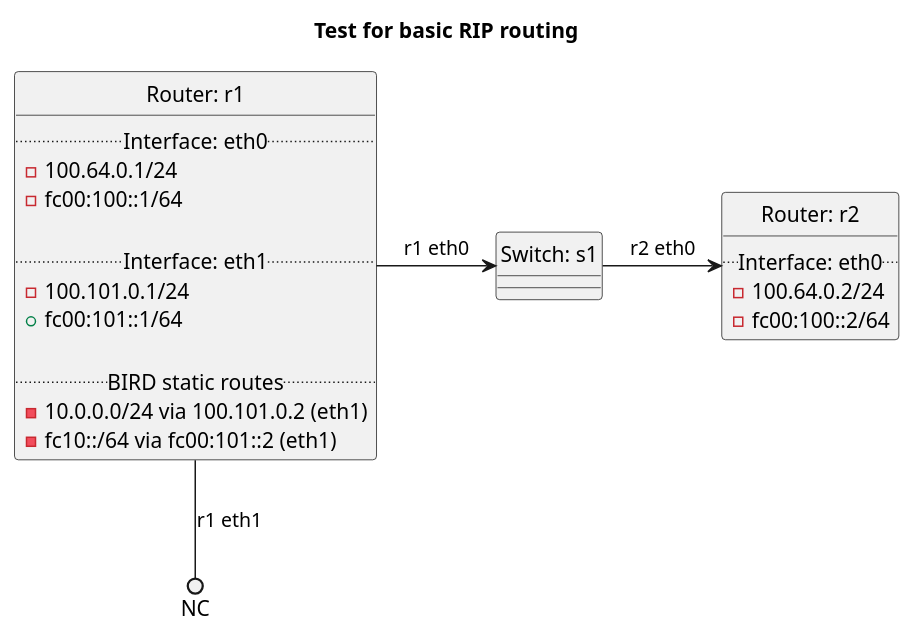
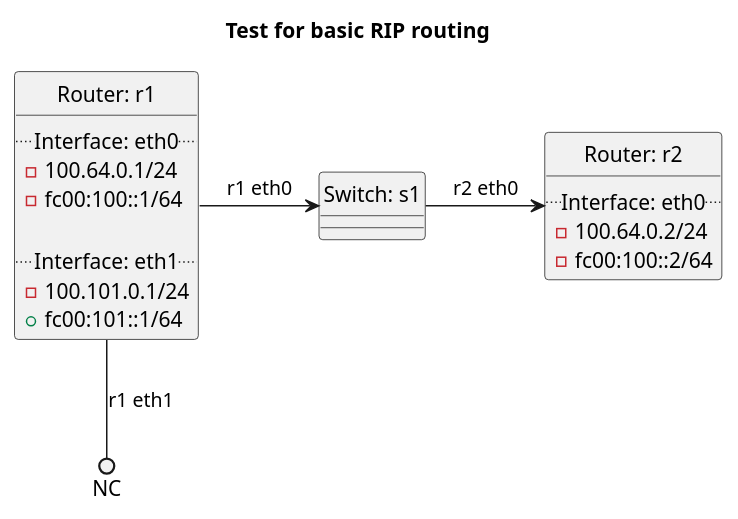
The diagram in tests/t20_rip/t10_basic/README.md (oscdev-io/birdplan), drawn with PlantUML before and after one commit. The commit also changed 32 other files, not shown here.

````diff
--- a/tests/t20_rip/t10_basic/README.md
+++ b/tests/t20_rip/t10_basic/README.md
@@ -16,38 +16,34 @@
 ```plantuml
 @startuml
 hide circle
 title Test for basic RIP routing
 
 
 class "Router: r1" {
   .. Interface: eth0 ..
 - 100.64.0.1/24
 - fc00:100::1/64
 
   .. Interface: eth1 ..
 - 100.101.0.1/24
 + fc00:101::1/64
-
-  .. BIRD static routes ..
-- 10.0.0.0/24 via 100.101.0.2 (eth1)
-- fc10::/64 via fc00:101::2 (eth1)
 }
 
 
 class "Router: r2" {
   .. Interface: eth0 ..
 - 100.64.0.2/24
 - fc00:100::2/64
 }
 
 
 
 class "Switch: s1" {}
 
 
 "Router: r1" -> "Switch: s1": r1 eth0
 "Switch: s1" -> "Router: r2": r2 eth0
 "Router: r1" --() NC: r1 eth1
 
 @enduml
 ```
````
